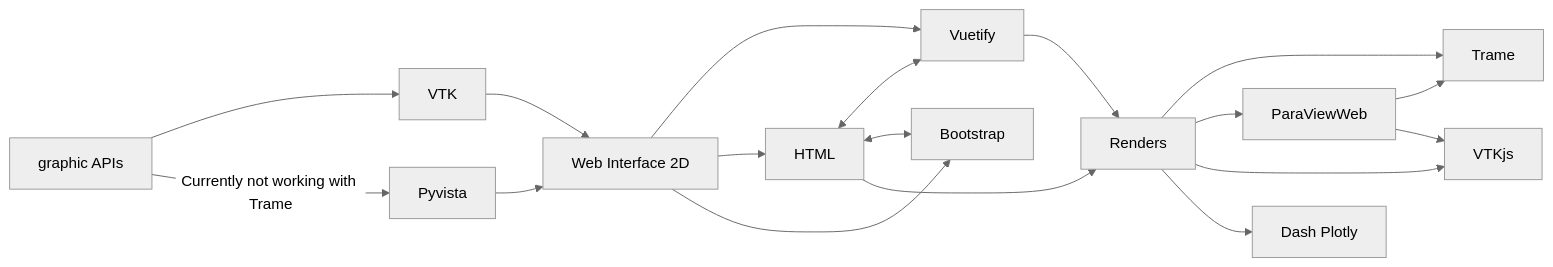
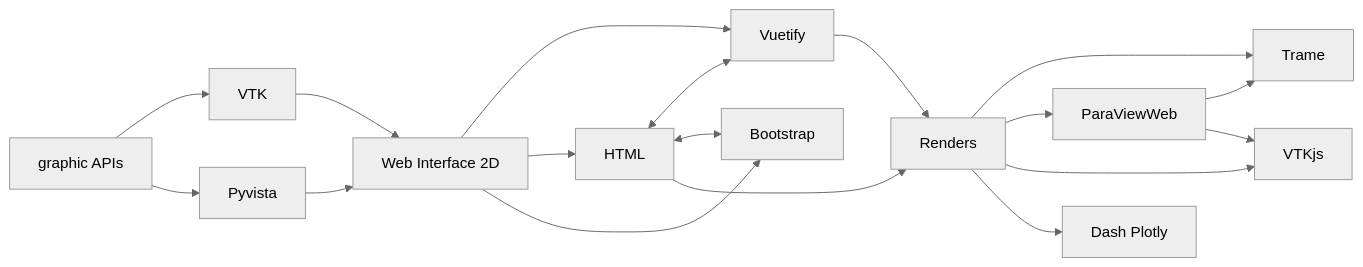
One commit to oscarBarEs/myTFG changed the diagram in stateOftheArt/Readme.md. Above: the diagram before and after it, drawn with Mermaid (neutral theme).

Commit message:
removed line trame on chart

````diff
--- a/stateOftheArt/Readme.md
+++ b/stateOftheArt/Readme.md
@@ -9,21 +9,21 @@
 ```mermaid
 graph LR
 A[graphic APIs] --> B[VTK]
-A -- Currently not working with Trame --> C[Pyvista]
+A --> C[Pyvista]
 B --> D[Web Interface 2D]
 C --> D
 D --> E[Vuetify]
 D --> F[HTML]
 D --> L[Bootstrap]
 F <--> E
 F <--> L
 E --> G[Renders]
 F --> G
 G --> H[Trame]
 G --> J[ParaViewWeb]
 G --> I[VTKjs]
 J --> H
 J --> I
 G --> K[Dash Plotly]
 
 ```
````
